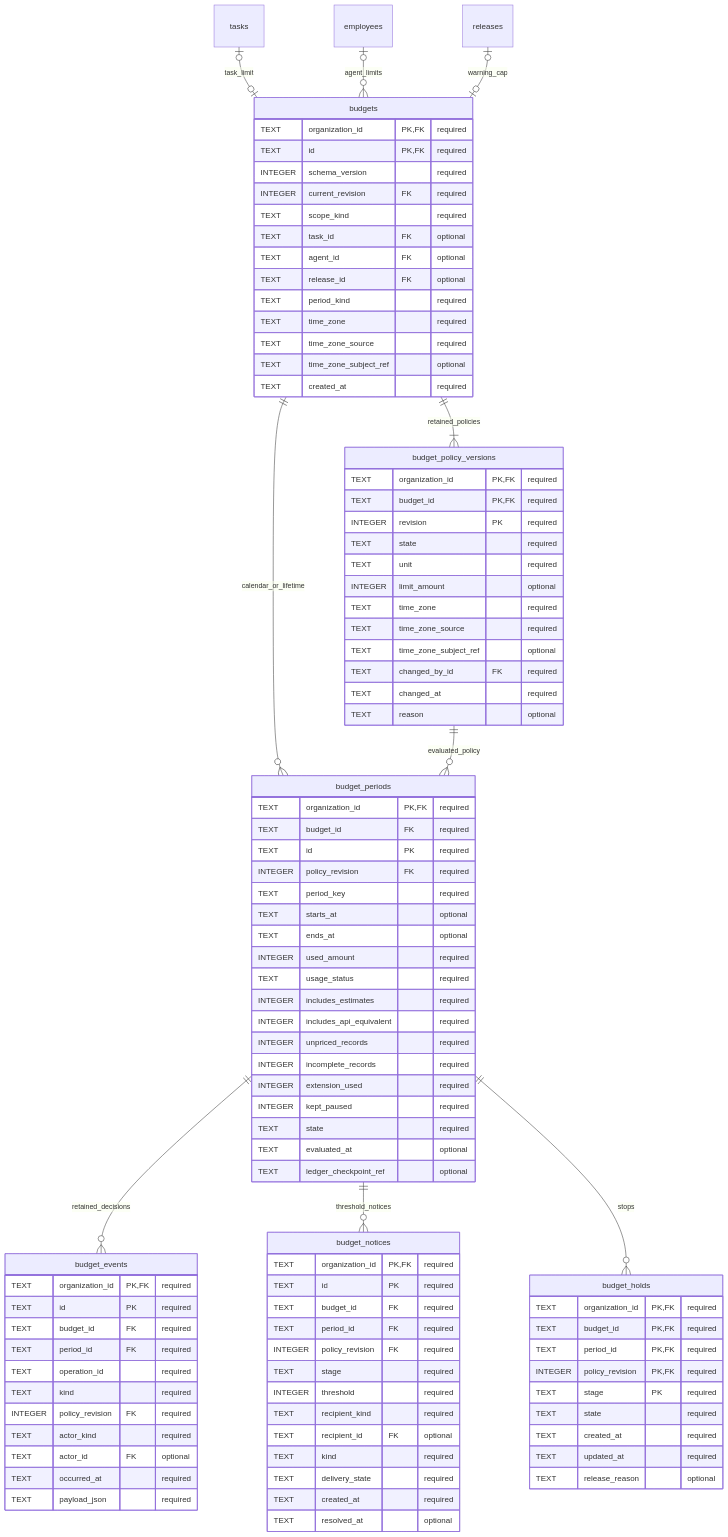
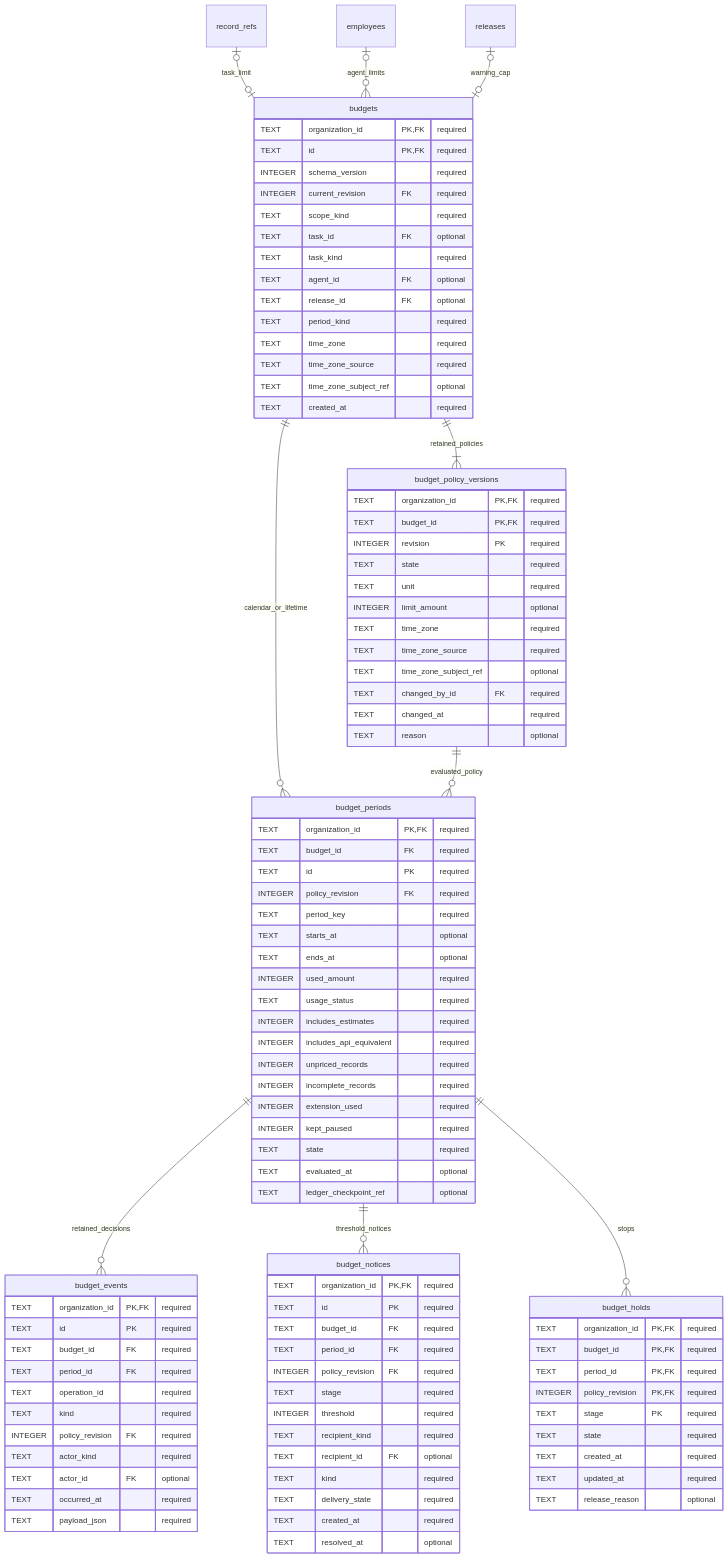
Before and after one commit to vgmello/agentic-org: the diagram in docs/design/organization-data/17-budgets-and-controls.md, drawn with Mermaid. The commit also changed other lines of this file and 7 other files, not shown here.

````diff
--- a/docs/design/organization-data/17-budgets-and-controls.md
+++ b/docs/design/organization-data/17-budgets-and-controls.md
@@ -264,6 +265,6 @@
 ```mermaid
 erDiagram
-    tasks o|--o| budgets : task_limit
+    record_refs o|--o| budgets : task_limit
     employees o|--o{ budgets : agent_limits
     releases o|--o| budgets : warning_cap
     budgets ||--|{ budget_policy_versions : retained_policies
@@ -279,6 +280,7 @@
         INTEGER current_revision FK "required"
         TEXT scope_kind "required"
         TEXT task_id FK "optional"
+        TEXT task_kind "required"
         TEXT agent_id FK "optional"
         TEXT release_id FK "optional"
         TEXT period_kind "required"
````
